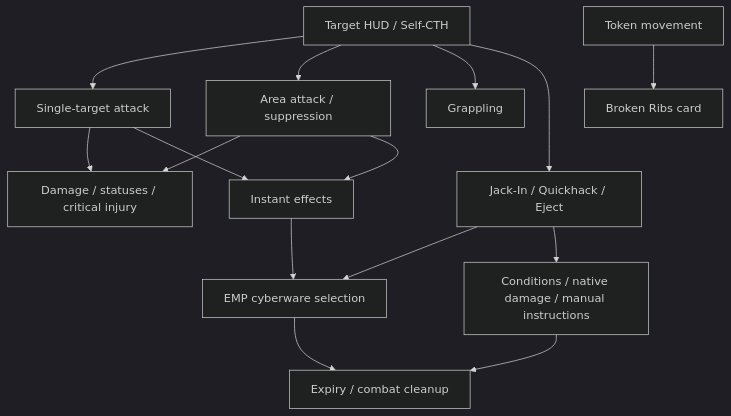
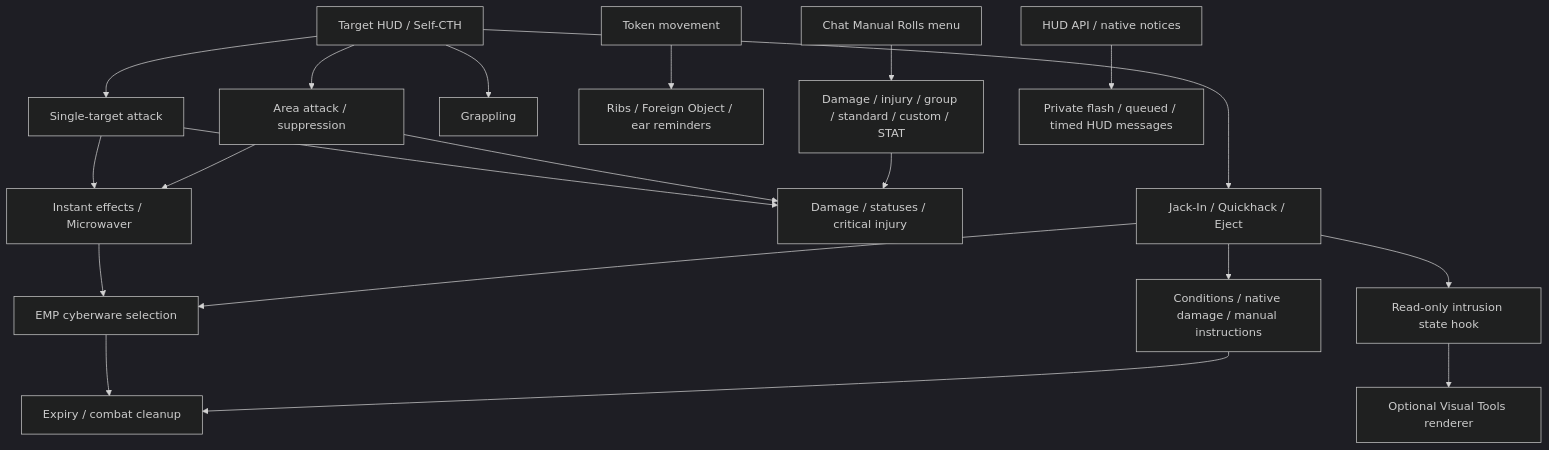
The first of 12 diagrams in docs/flow-map.md (GMPneuma/PneumaCombatTools), drawn with Mermaid (dark theme) before and after one commit. The commit also changed other lines of this file and 78 other files, not shown here.

```diff
--- a/docs/flow-map.md
+++ b/docs/flow-map.md
@@ -9,17 +11,22 @@
 ~~~mermaid
 flowchart TD
  HUD["Target HUD / Self-CTH"] --> A["Single-target attack"]
  HUD --> B["Area attack / suppression"]
  HUD --> G["Grappling"]
  HUD --> Q["Jack-In / Quickhack / Eject"]
  A --> D["Damage / statuses / critical injury"]
  B --> D
- A --> I["Microwaver effect"]
- B --> I["Instant effects"]
+ A --> I["Instant effects / Microwaver"]
+ B --> I
  I --> E["EMP cyberware selection"]
  Q --> E
  Q --> C["Conditions / native damage / manual instructions"]
- MOVE["Token movement"] --> R["Broken Ribs card"]
+ MOVE["Token movement"] --> R["Ribs / Foreign Object / ear reminders"]
+ MENU["Chat Manual Rolls menu"] --> MAN["Damage / injury / group / standard / custom / STAT"]
+ MAN --> D
+ API["HUD API / native notices"] --> NOTICE["Private flash / queued / timed HUD messages"]
+ Q --> STATE["Read-only intrusion state hook"]
+ STATE --> VT["Optional Visual Tools renderer"]
  E --> EXP["Expiry / combat cleanup"]
  C --> EXP
 ~~~
```
